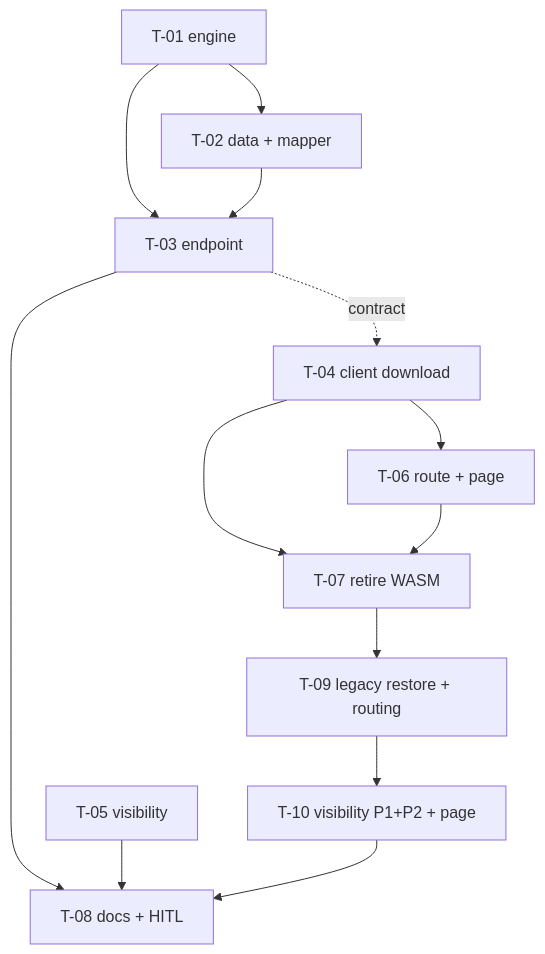
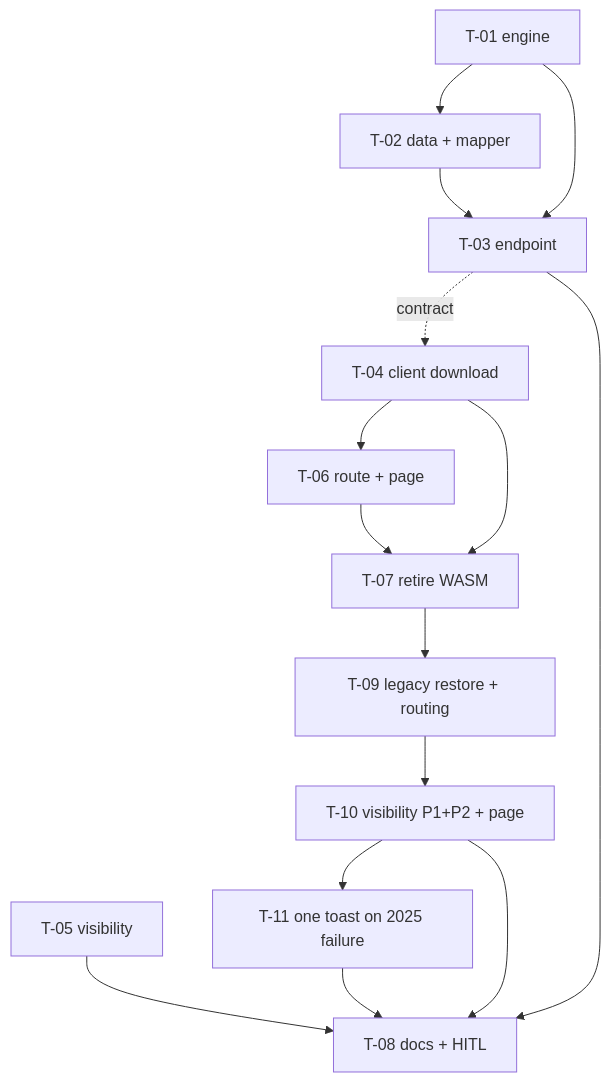
One commit to AllianceBioversityCIAT/alliance-research-indicators-main changed the diagram in docs/specs/results/oicr-word-template-2026/tasks.md. Above: the diagram before and after it, drawn with Mermaid. The commit also changed other lines of this file and 2 other files, not shown here.

````diff
--- a/docs/specs/results/oicr-word-template-2026/tasks.md
+++ b/docs/specs/results/oicr-word-template-2026/tasks.md
@@ -28,16 +29,18 @@
 ```mermaid
 graph TD
   T01[T-01 engine] --> T02[T-02 data + mapper]
   T01 --> T03[T-03 endpoint]
   T02 --> T03
   T03 -.contract.-> T04[T-04 client download]
   T04 --> T06[T-06 route + page]
   T04 --> T07[T-07 retire WASM]
   T06 --> T07
   T05[T-05 visibility]
   T07 --> T09[T-09 legacy restore + routing]
   T09 --> T10[T-10 visibility P1+P2 + page]
+  T10 --> T11[T-11 one toast on 2025 failure]
+  T11 --> T08
   T03 --> T08[T-08 docs + HITL]
   T05 --> T08
   T10 --> T08
 ```
````
